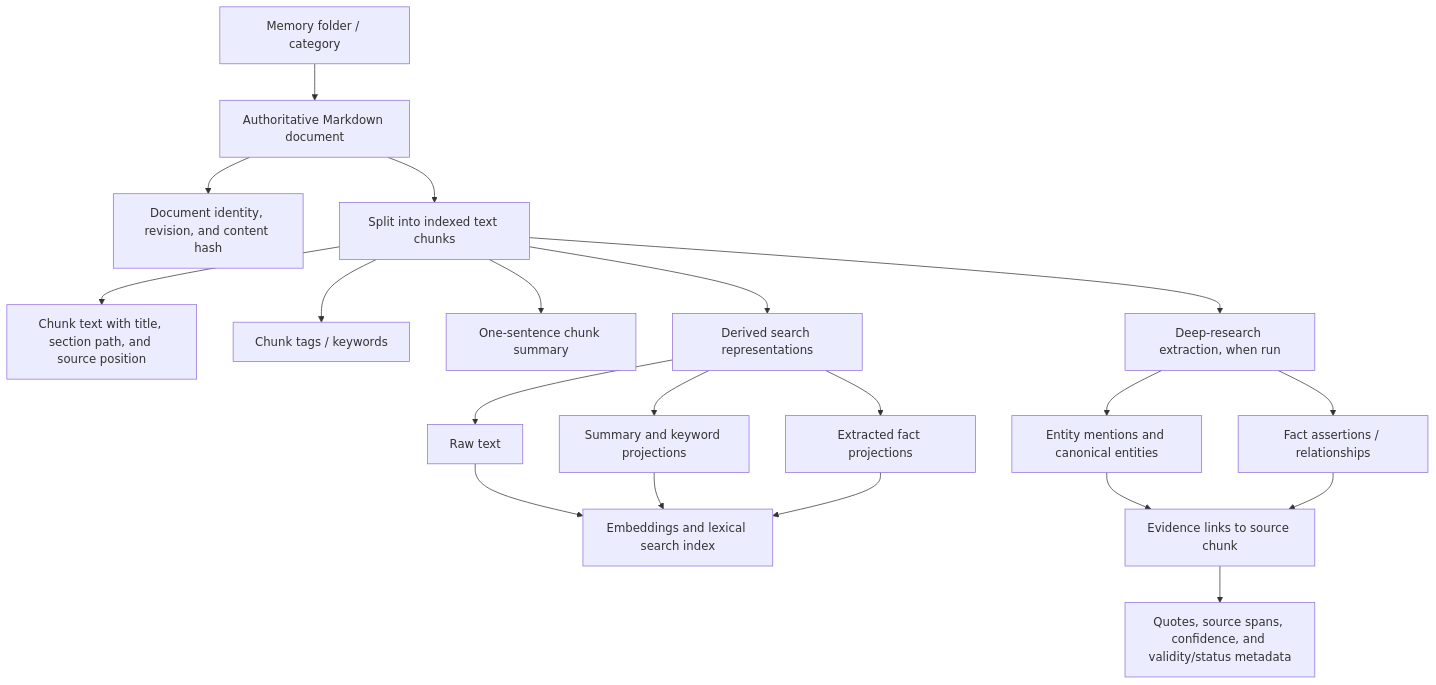
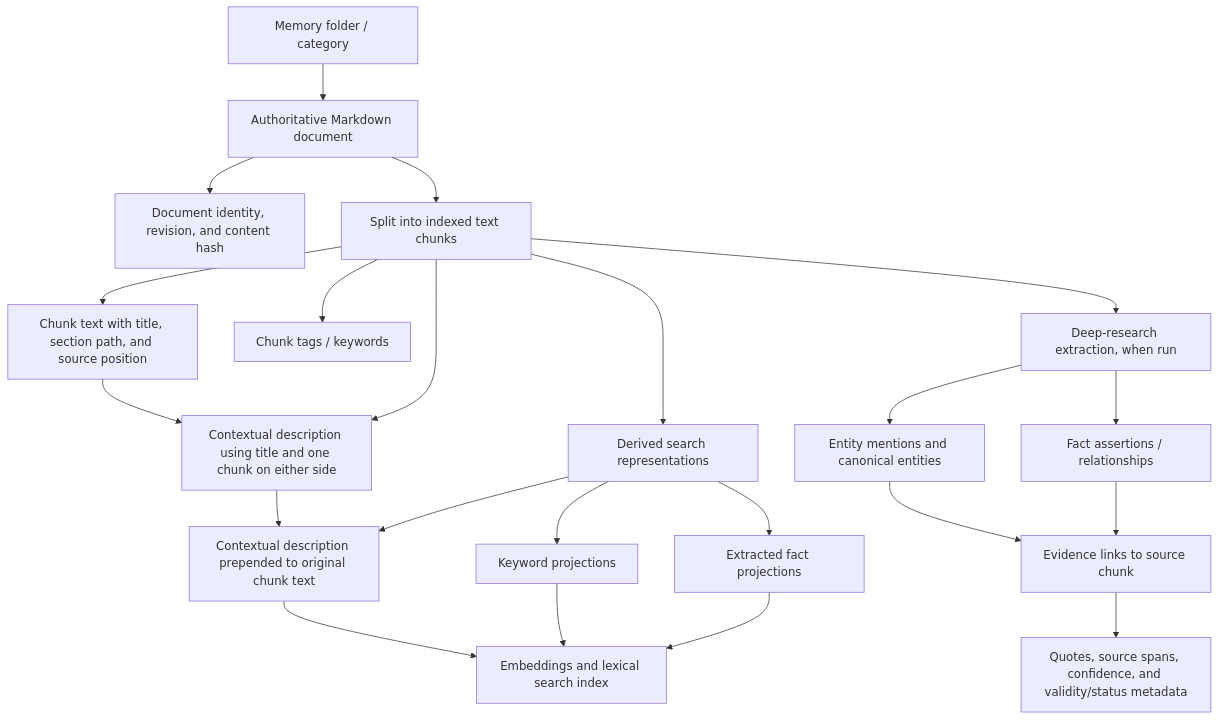
One commit to Cynosure-AI/cynosure-app changed the fourth of 4 diagrams in ARCHITECTURE.md. Above: the diagram before and after it, drawn with Mermaid. The commit also changed other lines of this file and 20 other files, not shown here.

First line of the commit message:
Implement knowledge graph housekeeping and enhance deep research functionality (#37)

````diff
--- a/ARCHITECTURE.md
+++ b/ARCHITECTURE.md
@@ -95,22 +95,24 @@
 ```mermaid
 flowchart TD
   A[Memory folder / category] --> B[Authoritative Markdown document]
   B --> C[Document identity, revision, and content hash]
   B --> D[Split into indexed text chunks]
   D --> E[Chunk text with title, section path, and source position]
   D --> F[Chunk tags / keywords]
-  D --> G[One-sentence chunk summary]
+  E --> G[Contextual description using title and one chunk on either side]
+  D --> G
   D --> H[Derived search representations]
-  H --> H1[Raw text]
-  H --> H2[Summary and keyword projections]
+  H --> H1[Contextual description prepended to original chunk text]
+  G --> H1
+  H --> H2[Keyword projections]
   H --> H3[Extracted fact projections]
   H1 --> I[Embeddings and lexical search index]
   H2 --> I
   H3 --> I
   D --> J[Deep-research extraction, when run]
   J --> K[Entity mentions and canonical entities]
   J --> L[Fact assertions / relationships]
   K --> M[Evidence links to source chunk]
   L --> M
   M --> N[Quotes, source spans, confidence, and validity/status metadata]
 ```
````
